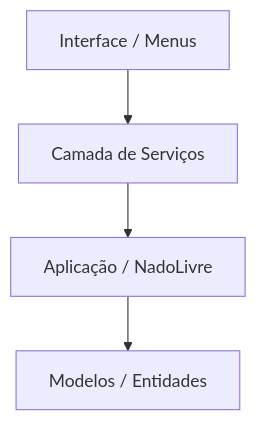
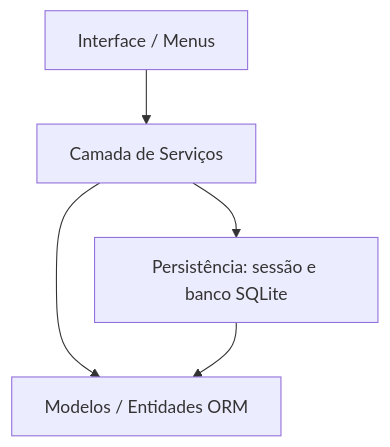
Before and after one commit to ryannrichard/Projeto-Nado-Livre: the second of 2 diagrams in README.md, drawn with Mermaid. The commit also changed other lines of this file and 27 other files, not shown here.

Commit message:
últimas adições para a persistência em banco de dados

````diff
--- a/README.md
+++ b/README.md
@@ -48,6 +93,7 @@
 ```mermaid
 graph TD
-    Interface[Interface / Menus] --> Serviços[Camada de Serviços]
-    Serviços --> Aplicação[Aplicação / NadoLivre]
-    Aplicação --> Modelos[Modelos / Entidades]
+    Interface[Interface / Menus] --> Servicos[Camada de Serviços]
+    Servicos --> Persistencia[Persistência: sessão e banco SQLite]
+    Servicos --> Modelos[Modelos / Entidades ORM]
+    Persistencia --> Modelos
 ```
````
